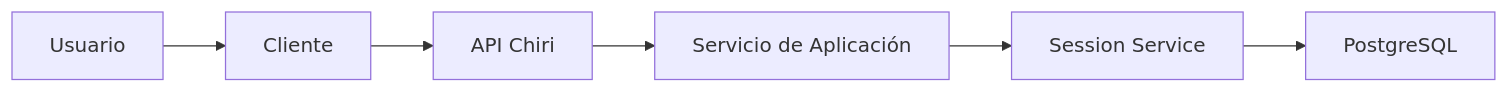
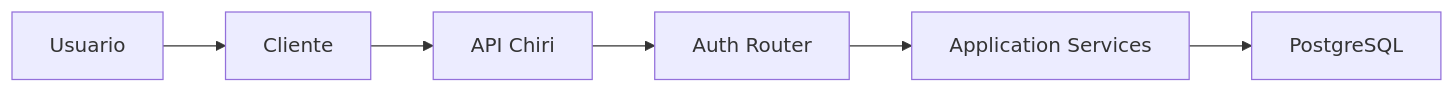
One commit to chirijose79-ui/Chiri changed the seventh of 21 diagrams in docs/060_API.md. Above: the diagram before and after it, drawn with Mermaid. The commit also changed other lines of this file, not shown here.

````diff
--- a/docs/060_API.md
+++ b/docs/060_API.md
@@ -900,21 +923,21 @@
 ```mermaid
 flowchart LR
 
     User["Usuario"]
 
     Client["Cliente"]
 
     API["API Chiri"]
 
-    Auth["Servicio de Aplicación"]
+    Auth["Auth Router"]
 
-    Session["Session Service"]
+    Services["Application Services"]
 
     DB["PostgreSQL"]
 
     User --> Client
     Client --> API
     API --> Auth
-    Auth --> Session
-    Session --> DB
+    Auth --> Services
+    Services --> DB
 ```
````
